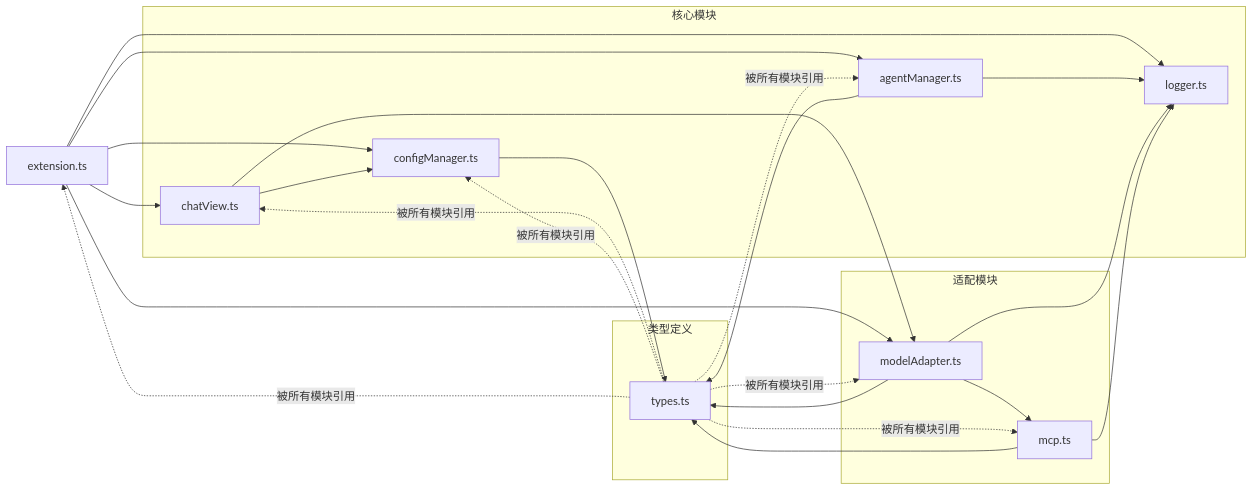
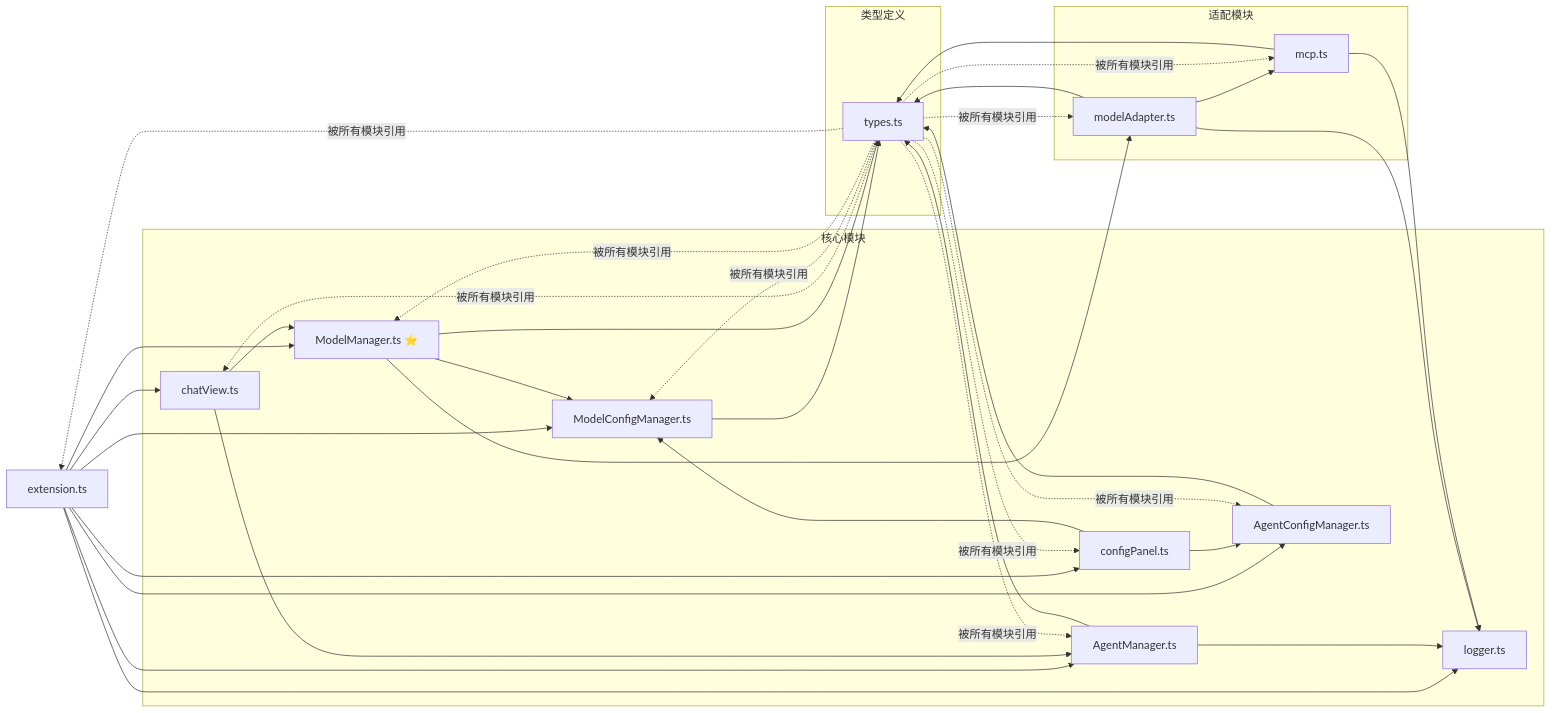
One commit to Leonardo-lijianan/ai-agent-leobot changed the second of 10 diagrams in docs/现实情况.md. Above: the diagram before and after it, drawn with Mermaid. The commit also changed other lines of this file and 25 other files, not shown here.

````diff
--- a/docs/现实情况.md
+++ b/docs/现实情况.md
@@ -60,48 +90,63 @@
 ```mermaid
 graph LR
     Extension[extension.ts]
     
     subgraph "核心模块"
         ChatView[chatView.ts]
-        ConfigManager[configManager.ts]
-        AgentManager[agentManager.ts]
+        ConfigPanel[configPanel.ts]
+        ModelConfigManager[ModelConfigManager.ts]
+        AgentConfigManager[AgentConfigManager.ts]
+        ModelManager[ModelManager.ts ⭐]
+        AgentManager[AgentManager.ts]
         Logger[logger.ts]
     end
     
     subgraph "适配模块"
         ModelAdapter[modelAdapter.ts]
         MCPServer[mcp.ts]
     end
     
     subgraph "类型定义"
         Types[types.ts]
     end
     
     Extension --> ChatView
-    Extension --> ConfigManager
+    Extension --> ConfigPanel
+    Extension --> ModelConfigManager
+    Extension --> AgentConfigManager
+    Extension --> ModelManager
     Extension --> AgentManager
     Extension --> Logger
-    Extension --> ModelAdapter
     
-    ChatView --> ConfigManager
-    ChatView --> ModelAdapter
+    ChatView --> ModelManager
+    ChatView --> AgentManager
     
-    ConfigManager --> Types
+    ConfigPanel --> ModelConfigManager
+    ConfigPanel --> AgentConfigManager
     
+    ModelManager --> ModelConfigManager
+    ModelManager --> ModelAdapter
+    
+    ModelConfigManager --> Types
+    AgentConfigManager --> Types
+    ModelManager --> Types
     AgentManager --> Logger
     AgentManager --> Types
     
     ModelAdapter --> Logger
     ModelAdapter --> Types
     ModelAdapter --> MCPServer
     
     MCPServer --> Logger
     MCPServer --> Types
     
     Types -.->|"被所有模块引用"| Extension
     Types -.->|"被所有模块引用"| ChatView
-    Types -.->|"被所有模块引用"| ConfigManager
+    Types -.->|"被所有模块引用"| ConfigPanel
+    Types -.->|"被所有模块引用"| ModelConfigManager
+    Types -.->|"被所有模块引用"| AgentConfigManager
+    Types -.->|"被所有模块引用"| ModelManager
     Types -.->|"被所有模块引用"| AgentManager
     Types -.->|"被所有模块引用"| ModelAdapter
     Types -.->|"被所有模块引用"| MCPServer
 ```
````
